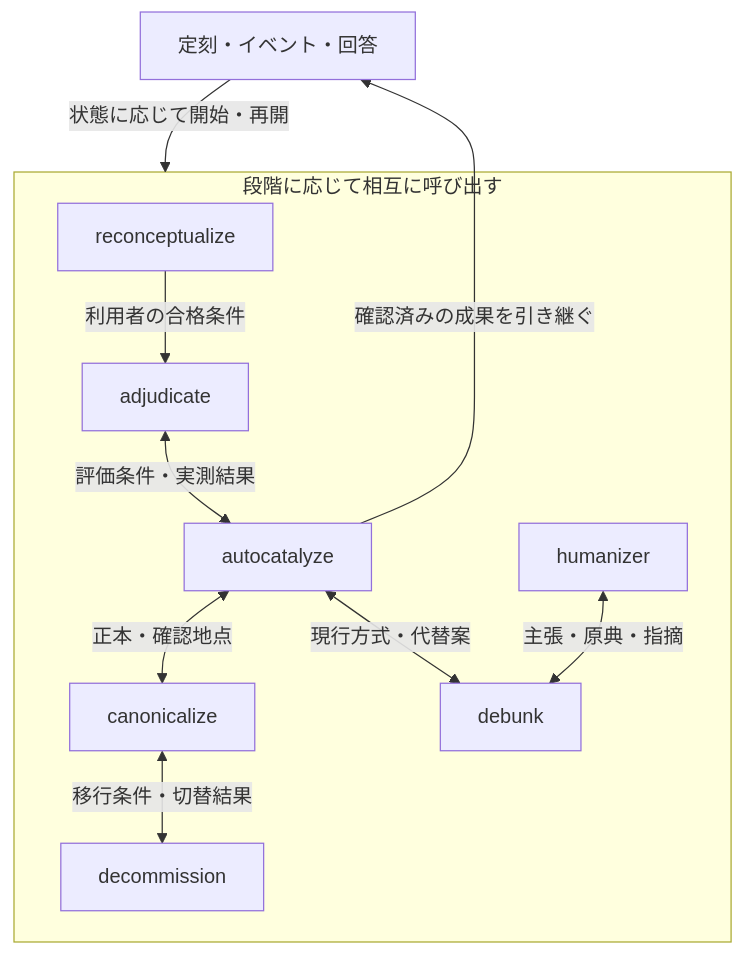
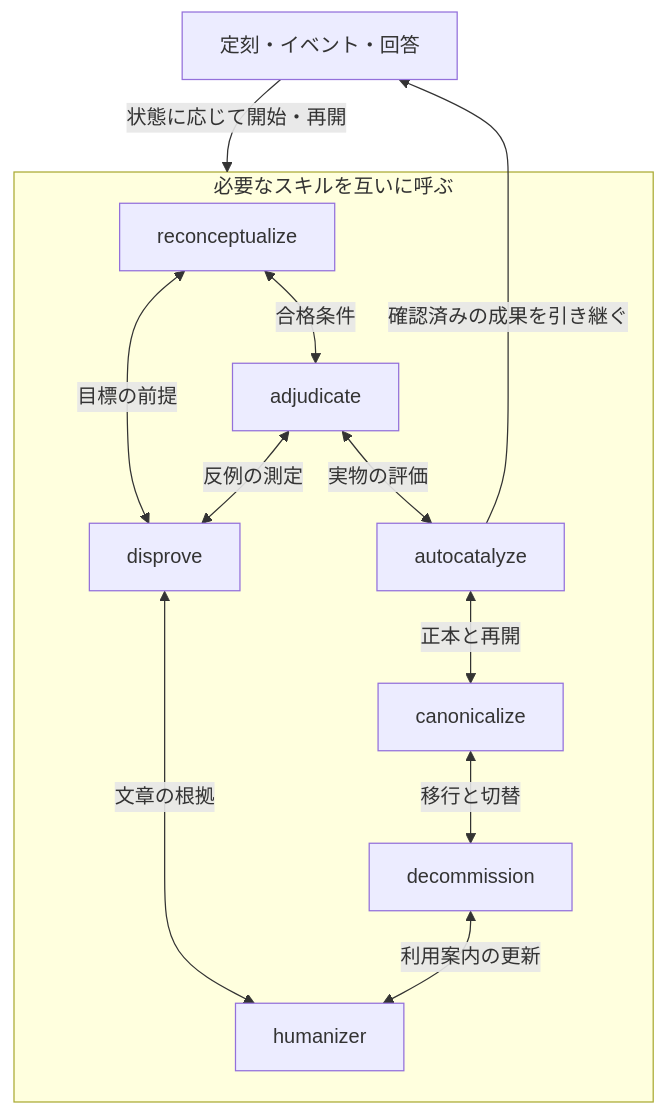
The diagram in README.md (KAFKA2306/kafstyler), drawn with Mermaid before and after one commit. The commit also changed other lines of this file and 14 other files, not shown here.

First line of the commit message:
反証レビューをdisproveに改名し、相互呼び出しを図示する

````diff
--- a/README.md
+++ b/README.md
@@ -52,16 +52,18 @@
 ```mermaid
 flowchart TD
-    accTitle: Kafstylerのスキル連携と継続運用
-    accDescr: 外部の起動元をきっかけに必要なスキルを使う。成果と検証結果を同じ作業IDに残し、次の周期に引き継ぐ。
+    accTitle: Kafstylerの7スキルの相互呼び出し
+    accDescr: 各スキルは条件に応じて互いを呼ぶ。両矢印は呼び出しの例で、確認した成果は次の起動へ引き継ぐ。
     trigger["定刻・イベント・回答"]
-    subgraph work["段階に応じて相互に呼び出す"]
-        goal["reconceptualize"] -->|"利用者の合格条件"| judge["adjudicate"]
-        judge <-->|"評価条件・実測結果"| run["autocatalyze"]
-        run <-->|"正本・確認地点"| canon["canonicalize"]
-        canon <-->|"移行条件・切替結果"| retire["decommission"]
-        edit["humanizer"] <-->|"主張・原典・指摘"| review["debunk"]
-        run <-->|"現行方式・代替案"| review
+    subgraph work["必要なスキルを互いに呼ぶ"]
+        goal["reconceptualize"] <-->|"合格条件"| judge["adjudicate"]
+        goal <-->|"目標の前提"| proof["disprove"]
+        judge <-->|"反例の測定"| proof
+        proof <-->|"文章の根拠"| edit["humanizer"]
+        judge <-->|"実物の評価"| run["autocatalyze"]
+        run <-->|"正本と再開"| canon["canonicalize"]
+        canon <-->|"移行と切替"| retire["decommission"]
+        retire <-->|"利用案内の更新"| edit
     end
     trigger -->|"状態に応じて開始・再開"| work
     run -->|"確認済みの成果を引き継ぐ"| trigger
 ```
````
